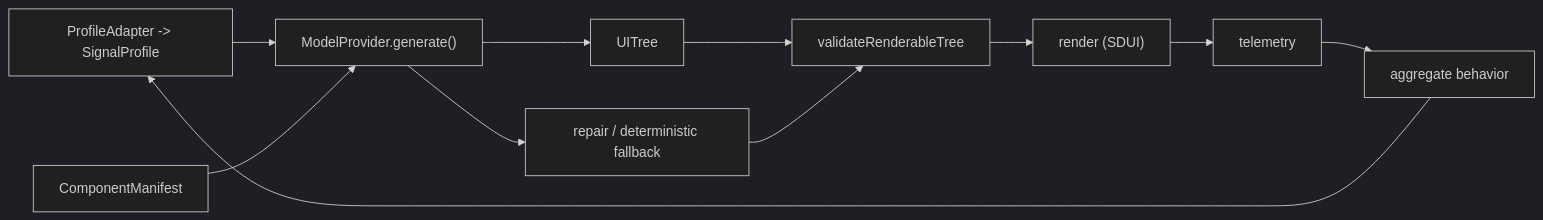
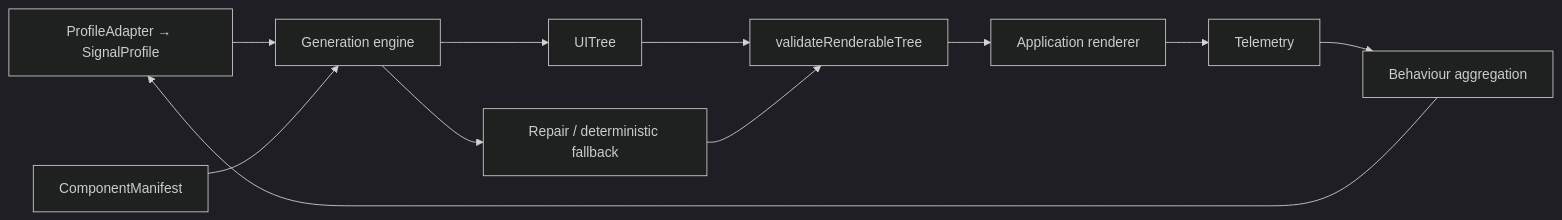
Before and after one commit to DynUI/DynUI-OSS-Framework: the diagram in README.md, drawn with Mermaid (dark theme). The commit also changed other lines of this file, not shown here.

````diff
--- a/README.md
+++ b/README.md
@@ -187,13 +268,13 @@
 ```mermaid
 flowchart LR
-  profile["ProfileAdapter -> SignalProfile"] --> generate["ModelProvider.generate()"]
+  profile["ProfileAdapter → SignalProfile"] --> generate["Generation engine"]
   manifest["ComponentManifest"] --> generate
   generate --> tree["UITree"]
   tree --> validate["validateRenderableTree"]
-  validate --> render["render (SDUI)"]
-  generate --> fallback["repair / deterministic fallback"]
+  validate --> render["Application renderer"]
+  generate --> fallback["Repair / deterministic fallback"]
   fallback --> validate
-  render --> telemetry["telemetry"]
-  telemetry --> aggregate["aggregate behavior"]
+  render --> telemetry["Telemetry"]
+  telemetry --> aggregate["Behaviour aggregation"]
   aggregate --> profile
 ```
````
